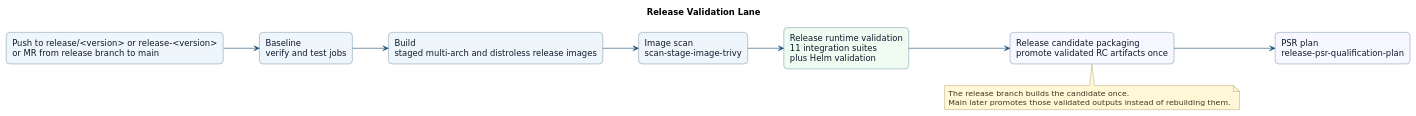
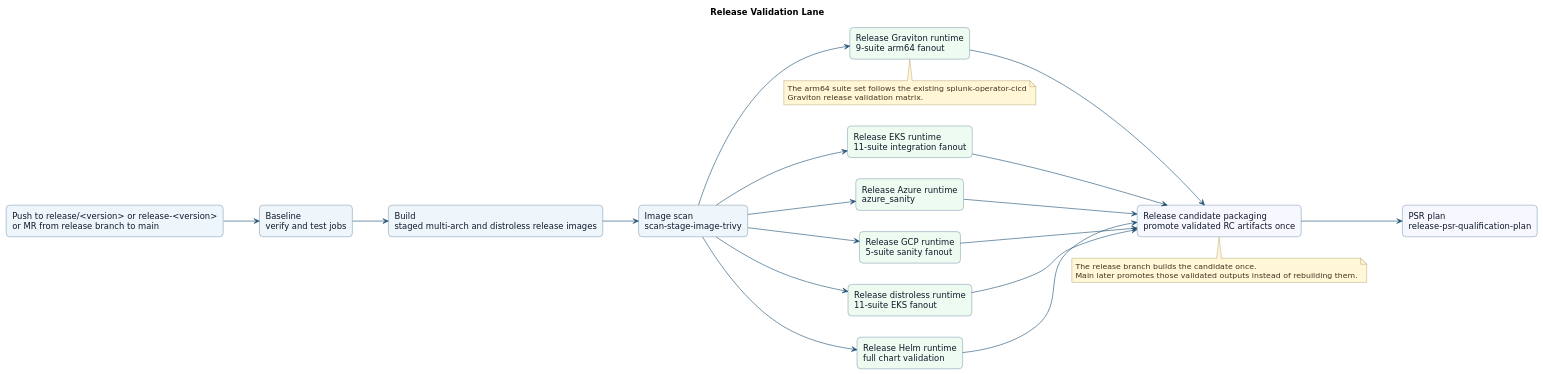
The diagram in gitlab-ci/diagrams/release-lane-target.puml (splunk/splunk-operator), drawn with PlantUML before and after one commit. The commit also changed 16 other files, not shown here.

Commit message:
Expand qualification and release runtime coverage

```diff
--- a/gitlab-ci/diagrams/release-lane-target.puml
+++ b/gitlab-ci/diagrams/release-lane-target.puml
@@ -1,39 +1,59 @@
 @startuml
 title Release Validation Lane
 left to right direction
 skinparam Shadowing false
 skinparam DefaultFontName DejaVu Sans
 skinparam BackgroundColor white
 skinparam ArrowColor #1d4f73
 skinparam Rectangle {
   BorderColor #1d4f73
   BackgroundColor #eef6fb
   FontColor #0f172a
   RoundCorner 12
 }
 skinparam Note {
   BorderColor #8b6f2f
   BackgroundColor #fff7d6
   FontColor #3f3420
 }
 
 rectangle "Push to release/<version> or release-<version>\nor MR from release branch to main" as trigger
 rectangle "Baseline\nverify and test jobs" as baseline
 rectangle "Build\nstaged multi-arch and distroless release images" as build
 rectangle "Image scan\nscan-stage-image-trivy" as scan
-rectangle "Release runtime validation\n11 integration suites\nplus Helm validation" as runtime #eefbf1
+rectangle "Release EKS runtime\n11-suite integration fanout" as runtime_eks #eefbf1
+rectangle "Release Azure runtime\nazure_sanity" as runtime_azure #eefbf1
+rectangle "Release GCP runtime\n5-suite sanity fanout" as runtime_gcp #eefbf1
+rectangle "Release distroless runtime\n11-suite EKS fanout" as runtime_distroless #eefbf1
+rectangle "Release Graviton runtime\n9-suite arm64 fanout" as runtime_graviton #eefbf1
+rectangle "Release Helm runtime\nfull chart validation" as runtime_helm #eefbf1
 rectangle "Release candidate packaging\npromote validated RC artifacts once" as packaging #f7f7ff
 rectangle "PSR plan\nrelease-psr-qualification-plan" as psr #f7f7ff
 
 trigger --> baseline
 baseline --> build
 build --> scan
-scan --> runtime
-runtime --> packaging
+scan --> runtime_eks
+scan --> runtime_azure
+scan --> runtime_gcp
+scan --> runtime_distroless
+scan --> runtime_graviton
+scan --> runtime_helm
+runtime_eks --> packaging
+runtime_azure --> packaging
+runtime_gcp --> packaging
+runtime_distroless --> packaging
+runtime_graviton --> packaging
+runtime_helm --> packaging
 packaging --> psr
 
 note bottom of packaging
 The release branch builds the candidate once.
 Main later promotes those validated outputs instead of rebuilding them.
 end note
+
+note bottom of runtime_graviton
+The arm64 suite set follows the existing splunk-operator-cicd
+Graviton release validation matrix.
+end note
 @enduml
```
